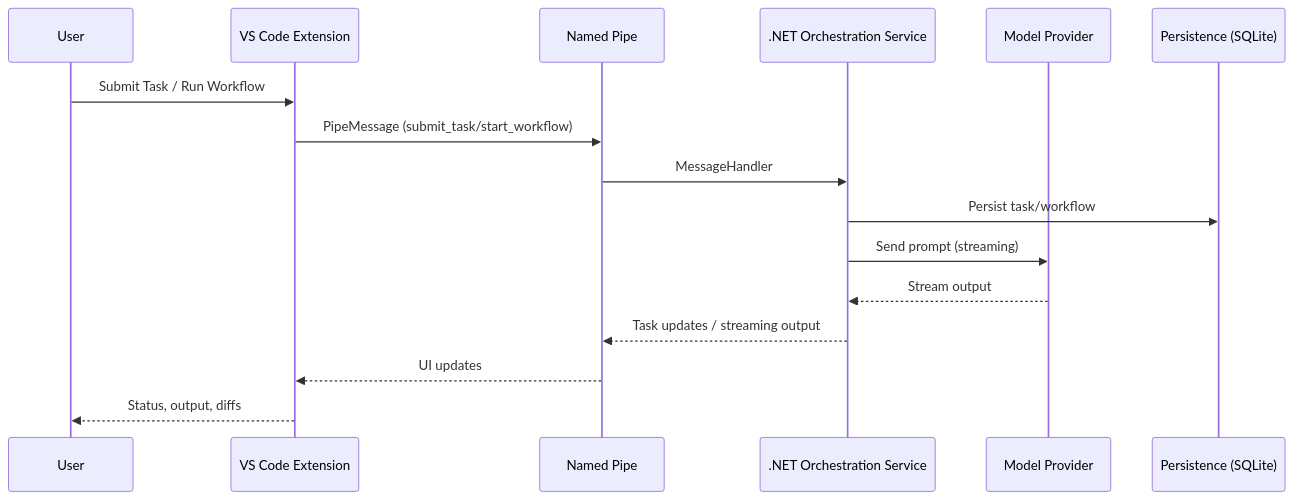
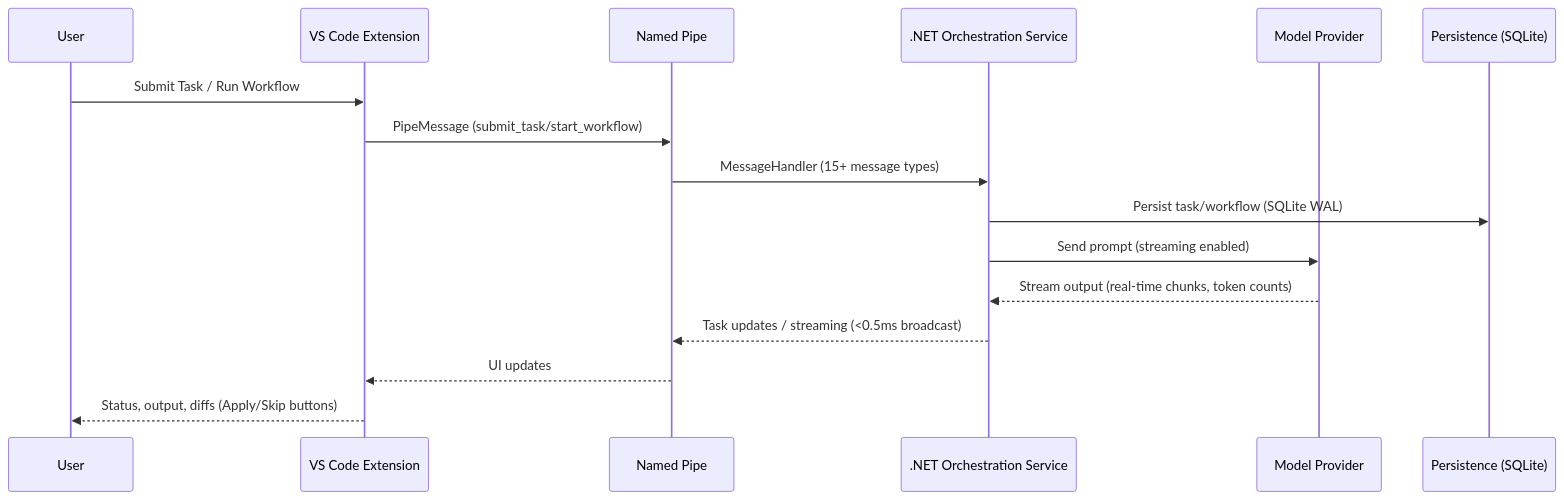
Before and after one commit to sanjeevakumarh/SAG-Structured-Agent-Graph-IDE: the diagram in README.md, drawn with Mermaid. The commit also changed other lines of this file and 1 other file, not shown here.

````diff
--- a/README.md
+++ b/README.md
@@ -22,19 +24,19 @@
 ```mermaid
 sequenceDiagram
   participant U as User
   participant V as VS Code Extension
   participant P as Named Pipe
   participant S as .NET Orchestration Service
   participant M as Model Provider
   participant D as Persistence (SQLite)
 
   U->>V: Submit Task / Run Workflow
   V->>P: PipeMessage (submit_task/start_workflow)
-  P->>S: MessageHandler
-  S->>D: Persist task/workflow
-  S->>M: Send prompt (streaming)
-  M-->>S: Stream output
-  S-->>P: Task updates / streaming output
+  P->>S: MessageHandler (15+ message types)
+  S->>D: Persist task/workflow (SQLite WAL)
+  S->>M: Send prompt (streaming enabled)
+  M-->>S: Stream output (real-time chunks, token counts)
+  S-->>P: Task updates / streaming (<0.5ms broadcast)
   P-->>V: UI updates
-  V-->>U: Status, output, diffs
+  V-->>U: Status, output, diffs (Apply/Skip buttons)
 ```
````
